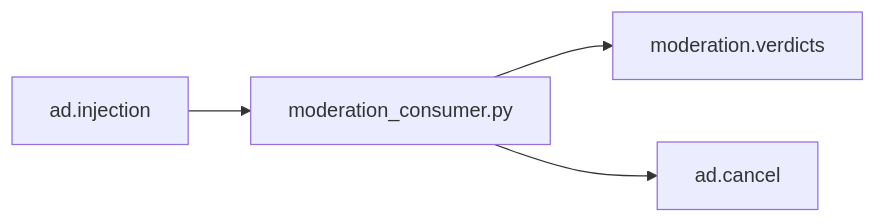
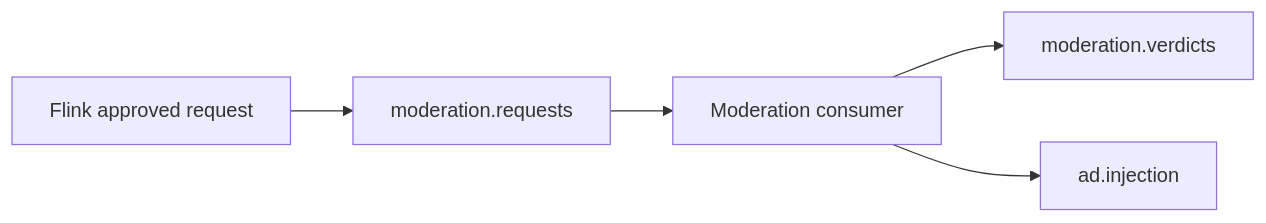
One commit to IamMistake/ai-ad-request-safety-pipeline changed the diagram in docs/moderation_pipeline_plan.md. Above: the diagram before and after it, drawn with Mermaid. The commit also changed other lines of this file and 45 other files, not shown here.

Commit message:
rework pipeline into sequential fraud moderation flow

````diff
--- a/docs/moderation_pipeline_plan.md
+++ b/docs/moderation_pipeline_plan.md
@@ -19,6 +7,7 @@
 ```mermaid
 flowchart LR
-    A[ad.injection] --> B[moderation_consumer.py]
-    B --> C[moderation.verdicts]
-    B --> D[ad.cancel]
+    A[Flink approved request] --> B[moderation.requests]
+    B --> C[Moderation consumer]
+    C --> D[moderation.verdicts]
+    C --> E[ad.injection]
 ```
````
